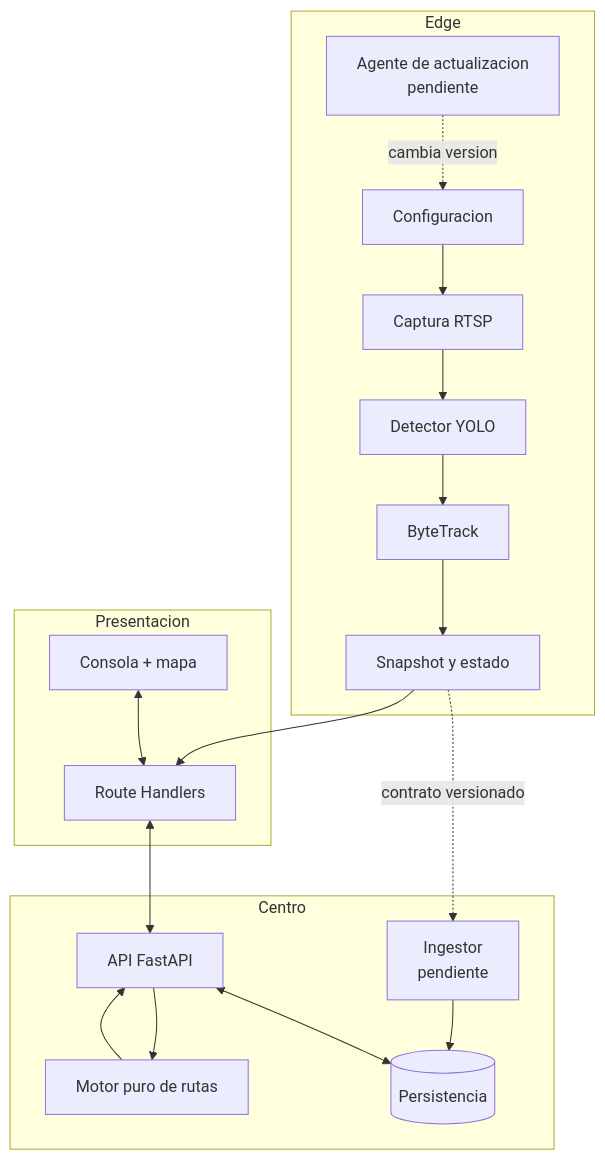
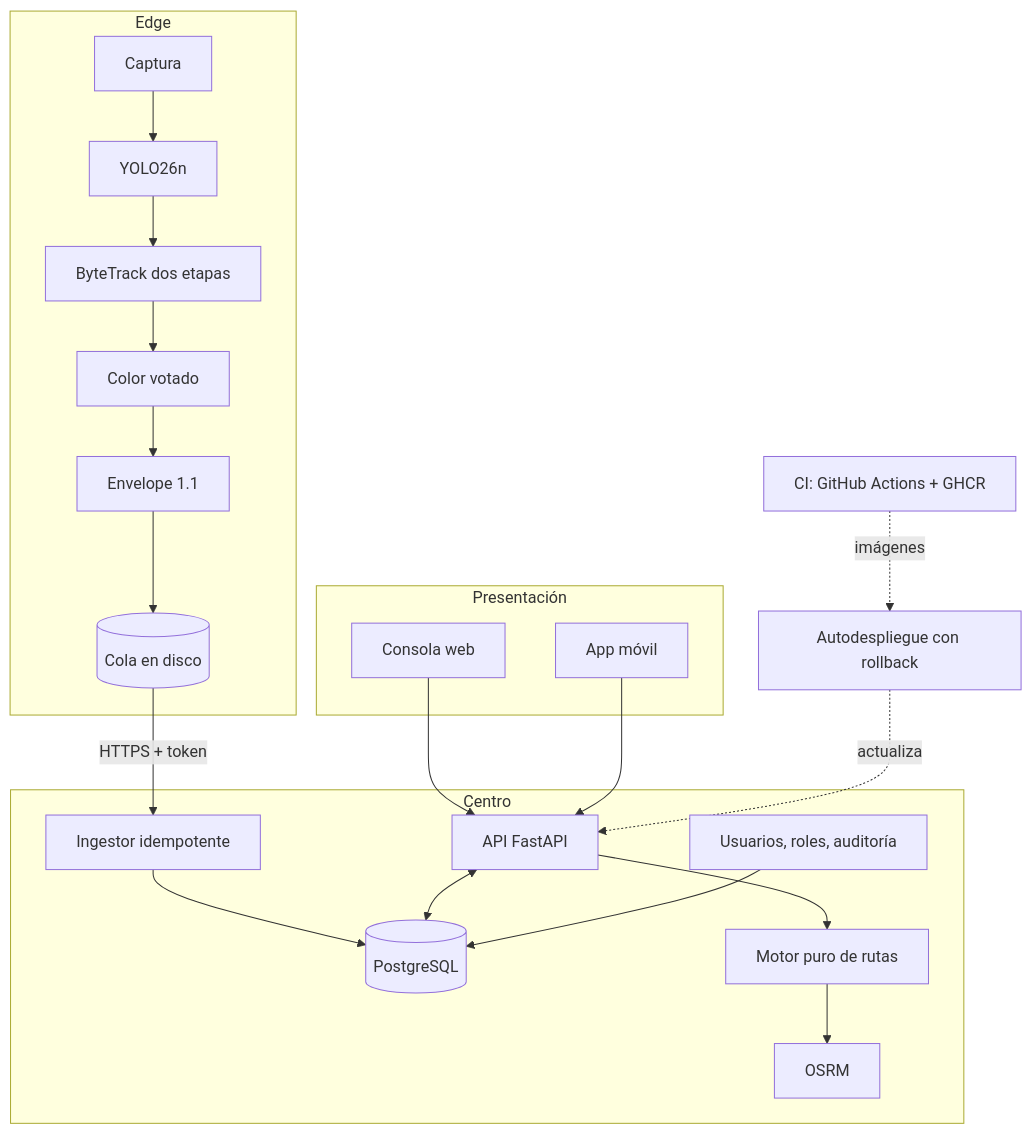
The second of 4 diagrams in SegundoInforme.md (cfvizcaino/py_vigia), drawn with Mermaid before and after one commit. The commit also changed other lines of this file and 11 other files, not shown here.

````diff
--- a/SegundoInforme.md
+++ b/SegundoInforme.md
@@ -244,31 +385,20 @@
 ```mermaid
 flowchart TB
     subgraph Edge
-      CFG[Configuracion]
-      CAP[Captura RTSP]
-      DET[Detector YOLO]
-      TRK[ByteTrack]
-      SNAP[Snapshot y estado]
-      UPD[Agente de actualizacion\npendiente]
-      CFG --> CAP --> DET --> TRK --> SNAP
-      UPD -. cambia version .-> CFG
+      CAP[Captura] --> DET[YOLO26n] --> TRK[ByteTrack dos etapas] --> COL[Color votado] --> ENV[Envelope 1.1]
+      ENV --> OUT[(Cola en disco)]
     end
     subgraph Centro
-      ING[Ingestor\npendiente]
-      API[API FastAPI]
-      ROUTE[Motor puro de rutas]
-      DB[(Persistencia)]
-      ING --> DB
-      API <--> DB
-      API --> ROUTE
-      ROUTE --> API
+      ING[Ingestor idempotente] --> DB[(PostgreSQL)]
+      API[API FastAPI] <--> DB
+      API --> ROUTE[Motor puro de rutas]
+      ROUTE --> OSRM[OSRM]
+      AUTH[Usuarios, roles, auditoría] --> DB
     end
-    subgraph Presentacion
-      BFF[Route Handlers]
-      UI[Consola + mapa]
-      UI <--> BFF
+    subgraph Presentación
+      WEB[Consola web] --> API
+      APP[App móvil] --> API
     end
-    SNAP -. contrato versionado .-> ING
-    SNAP --> BFF
-    BFF <--> API
+    OUT -->|HTTPS + token| ING
+    CD[CI: GitHub Actions + GHCR] -. imágenes .-> AUTO[Autodespliegue con rollback] -. actualiza .-> API
 ```
````
